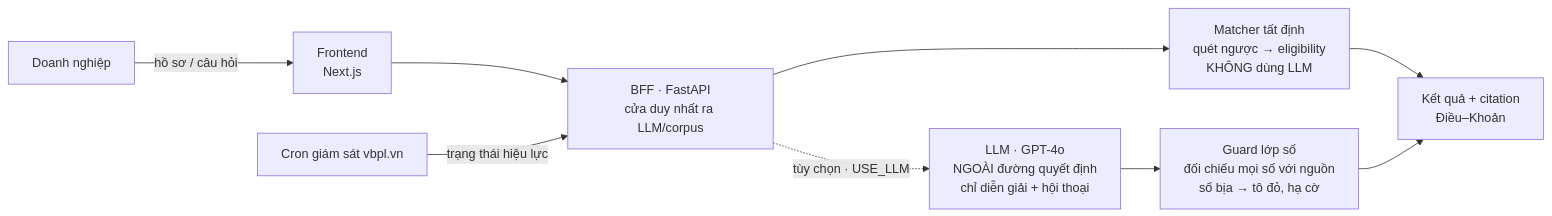
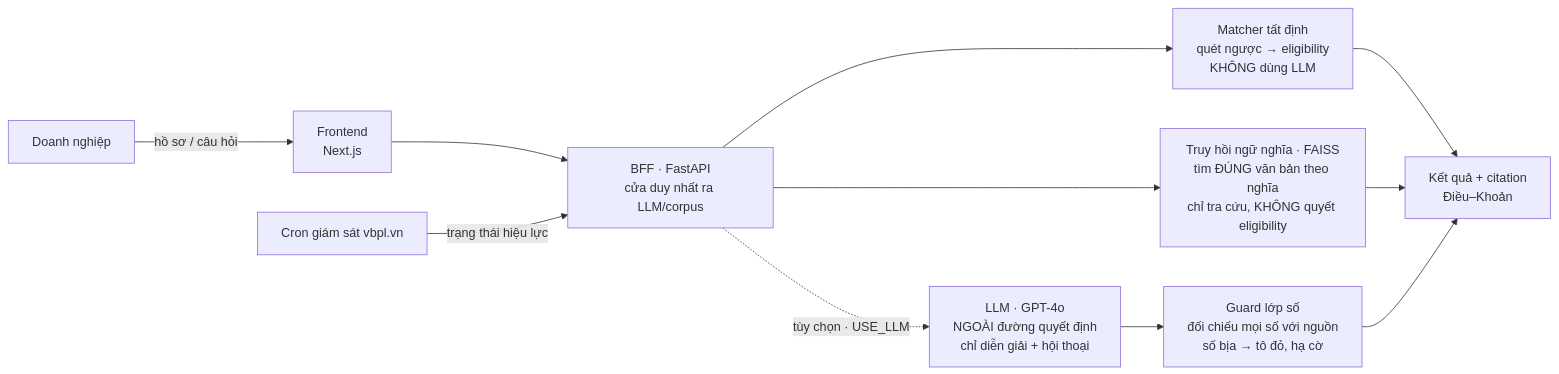
The diagram in README.md (Clownnvd/vaic-2026), drawn with Mermaid before and after one commit. The commit also changed other lines of this file and 4 other files, not shown here.

First line of the commit message:
feat(retrieval): tra cứu ngữ nghĩa FAISS đứng trước matcher

````diff
--- a/README.md
+++ b/README.md
@@ -50,11 +50,13 @@
 ```mermaid
 flowchart LR
     U[Doanh nghiệp] -->|hồ sơ / câu hỏi| FE[Frontend<br/>Next.js]
     FE --> BFF[BFF · FastAPI<br/>cửa duy nhất ra LLM/corpus]
+    BFF --> RT[Truy hồi ngữ nghĩa · FAISS<br/>tìm ĐÚNG văn bản theo nghĩa<br/>chỉ tra cứu, KHÔNG quyết eligibility]
     BFF --> M[Matcher tất định<br/>quét ngược → eligibility<br/>KHÔNG dùng LLM]
     BFF -.->|tùy chọn · USE_LLM| L[LLM · GPT-4o<br/>NGOÀI đường quyết định<br/>chỉ diễn giải + hội thoại]
     L --> G[Guard lớp số<br/>đối chiếu mọi số với nguồn<br/>số bịa → tô đỏ, hạ cờ]
     M --> R[Kết quả + citation<br/>Điều–Khoản]
+    RT --> R
     G --> R
     CR[Cron giám sát vbpl.vn] -->|trạng thái hiệu lực| BFF
 ```
````
